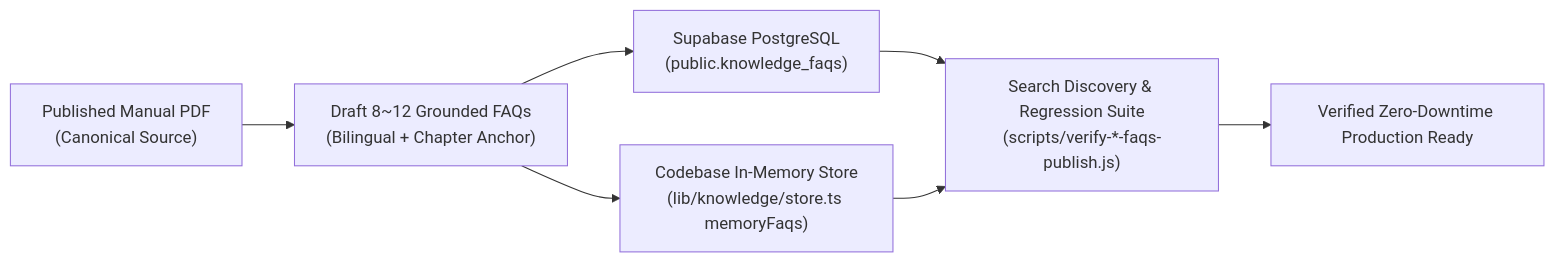
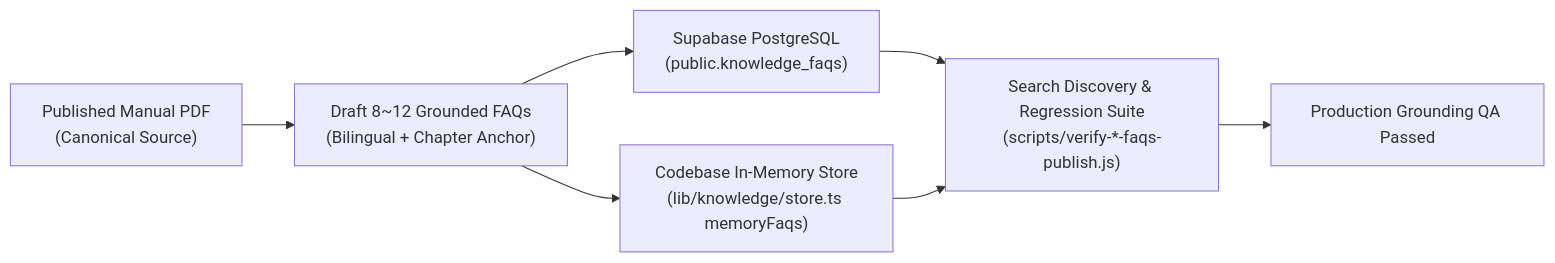
The fourth of 4 diagrams in Manuals/MAN-I-DOC-001_Manual-SOP/02_CLAUDE_PACKAGE/03_DIAGRAMS/MANUAL_SOP_ARCHITECTURE_DIAGRAMS.md (chaehahm-Kr/KBGP-Portal), drawn with Mermaid before and after one commit. The commit also changed other lines of this file and 9 other files, not shown here.

````diff
--- a/Manuals/MAN-I-DOC-001_Manual-SOP/02_CLAUDE_PACKAGE/03_DIAGRAMS/MANUAL_SOP_ARCHITECTURE_DIAGRAMS.md
+++ b/Manuals/MAN-I-DOC-001_Manual-SOP/02_CLAUDE_PACKAGE/03_DIAGRAMS/MANUAL_SOP_ARCHITECTURE_DIAGRAMS.md
@@ -152,12 +152,12 @@
 ```mermaid
 flowchart LR
     PDF["Published Manual PDF\n(Canonical Source)"] --> GEN["Draft 8~12 Grounded FAQs\n(Bilingual + Chapter Anchor)"]
     
     GEN --> DB["Supabase PostgreSQL\n(public.knowledge_faqs)"]
     GEN --> MEM["Codebase In-Memory Store\n(lib/knowledge/store.ts memoryFaqs)"]
     
     DB --> TEST["Search Discovery & Regression Suite\n(scripts/verify-*-faqs-publish.js)"]
     MEM --> TEST
     
-    TEST --> PASS["Verified Zero-Downtime Production Ready"]
+    TEST --> PASS["Production Grounding QA Passed"]
 ```
````
